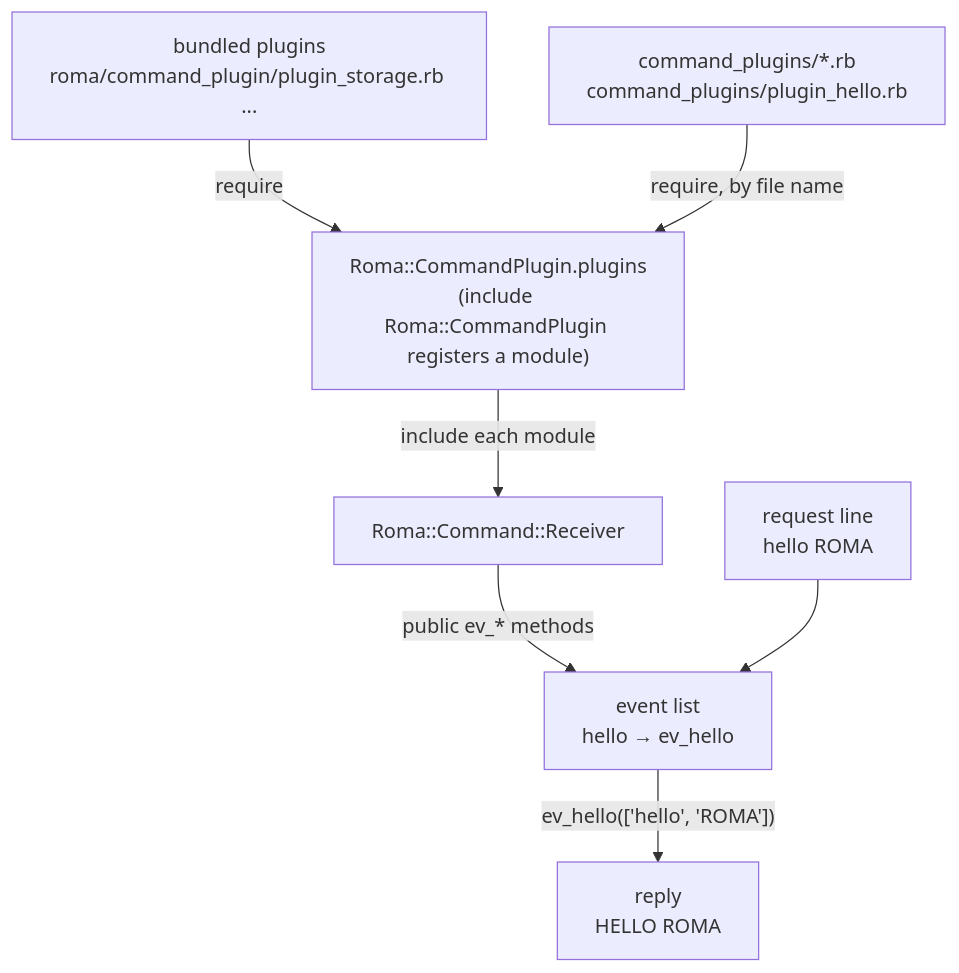
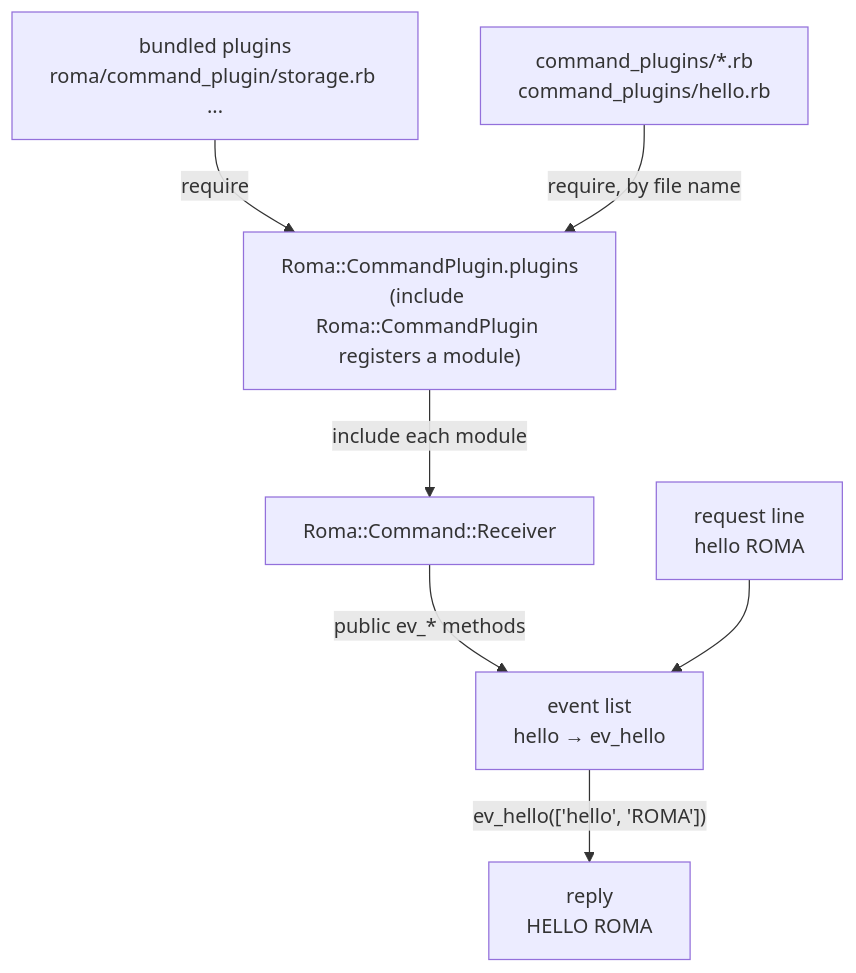
Before and after one commit to satoryu/roma: the diagram in docs/command_plugin.md, drawn with Mermaid. The commit also changed other lines of this file and 23 other files, not shown here.

First line of the commit message:
Name the command plugins without the plugin_ prefix

````diff
--- a/docs/command_plugin.md
+++ b/docs/command_plugin.md
@@ -63,11 +63,11 @@
 ```mermaid
 flowchart TD
-    bundled["bundled plugins<br>roma/command_plugin/plugin_storage.rb ..."]
-    dir["command_plugins/*.rb<br>command_plugins/plugin_hello.rb"]
+    bundled["bundled plugins<br>roma/command_plugin/storage.rb ..."]
+    dir["command_plugins/*.rb<br>command_plugins/hello.rb"]
     bundled -->|"require"| list
     dir -->|"require, by file name"| list["Roma::CommandPlugin.plugins<br>(include Roma::CommandPlugin registers a module)"]
     list -->|"include each module"| receiver["Roma::Command::Receiver"]
     receiver -->|"public ev_* methods"| events["event list<br>hello → ev_hello"]
     request["request line<br>hello ROMA"] --> events
     events -->|"ev_hello(['hello', 'ROMA'])"| reply["reply<br>HELLO ROMA"]
 ```
````
